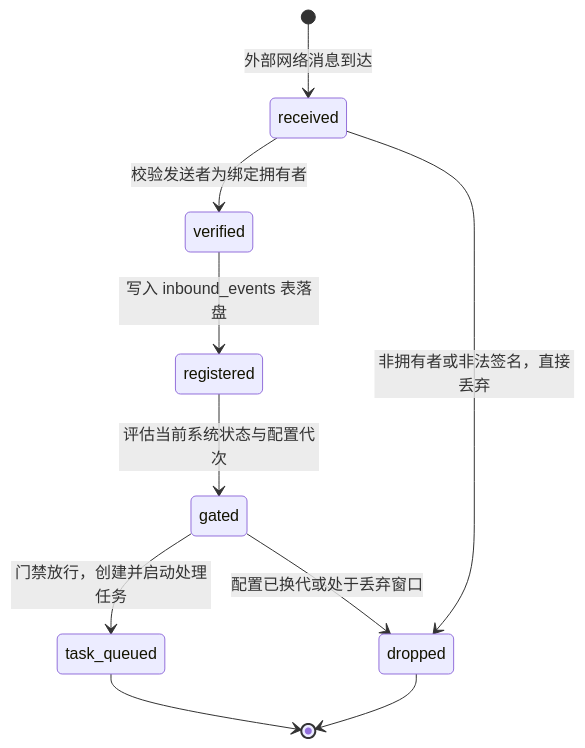
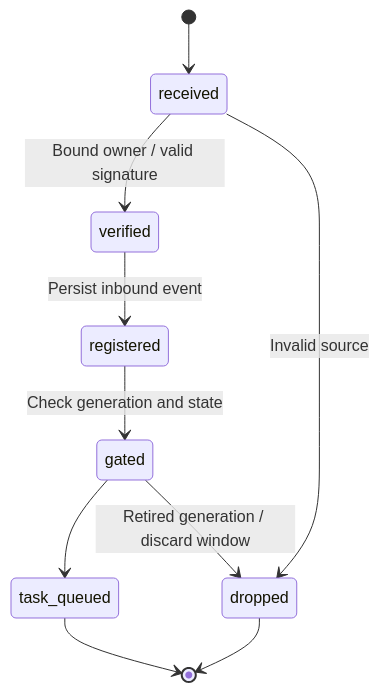
Before and after one commit to num-lab/Ruukoto: the first of 2 diagrams in docs/modules/channels.md, drawn with Mermaid. The commit also changed other lines of this file and 3987 other files, not shown here.

````diff
--- a/docs/modules/channels.md
+++ b/docs/modules/channels.md
@@ -47,12 +30,12 @@
 ```mermaid
 stateDiagram-v2
-  [*] --> received: 外部网络消息到达
-  received --> verified: 校验发送者为绑定拥有者
-  received --> dropped: 非拥有者或非法签名，直接丢弃
-  verified --> registered: 写入 inbound_events 表落盘
-  registered --> gated: 评估当前系统状态与配置代次
-  gated --> task_queued: 门禁放行，创建并启动处理任务
-  gated --> dropped: 配置已换代或处于丢弃窗口
+  [*] --> received
+  received --> verified: Bound owner / valid signature
+  received --> dropped: Invalid source
+  verified --> registered: Persist inbound event
+  registered --> gated: Check generation and state
+  gated --> task_queued
+  gated --> dropped: Retired generation / discard window
   task_queued --> [*]
   dropped --> [*]
 ```
````
